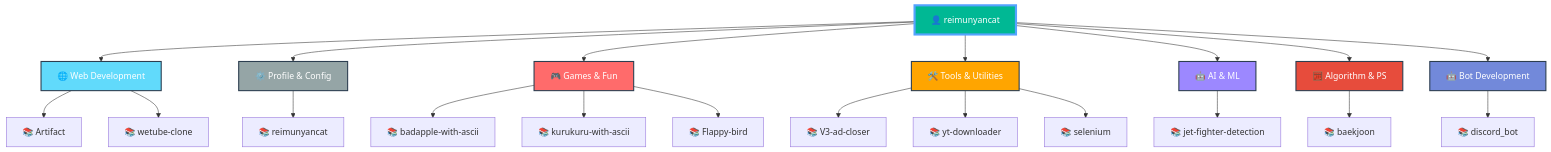
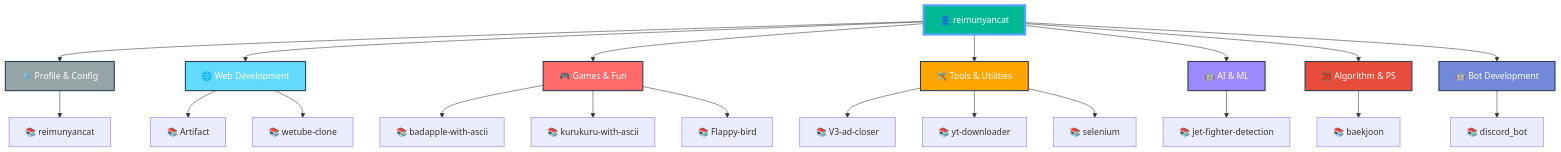
Before and after one commit to reimunyancat/reimunyancat: the diagram in README.md, drawn with Mermaid. The commit also changed other lines of this file, not shown here.

Commit message:
🤖 Auto-update README with latest repositories

````diff
--- a/README.md
+++ b/README.md
@@ -160,39 +160,39 @@
 ```mermaid
 graph TD
   A[👤 reimunyancat]
 
-  A --> CAT0[🌐 Web Development]
-  CAT0 --> CAT0_0[📚 Artifact]
-  CAT0 --> CAT0_1[📚 wetube-clone]
+  A --> CAT0[⚙️ Profile & Config]
+  CAT0 --> CAT0_0[📚 reimunyancat]
 
-  A --> CAT1[⚙️ Profile & Config]
-  CAT1 --> CAT1_0[📚 reimunyancat]
+  A --> CAT1[🌐 Web Development]
+  CAT1 --> CAT1_0[📚 Artifact]
+  CAT1 --> CAT1_1[📚 wetube-clone]
 
   A --> CAT2[🎮 Games & Fun]
   CAT2 --> CAT2_0[📚 badapple-with-ascii]
   CAT2 --> CAT2_1[📚 kurukuru-with-ascii]
   CAT2 --> CAT2_2[📚 Flappy-bird]
 
   A --> CAT3[🛠️ Tools & Utilities]
   CAT3 --> CAT3_0[📚 V3-ad-closer]
   CAT3 --> CAT3_1[📚 yt-downloader]
   CAT3 --> CAT3_2[📚 selenium]
 
   A --> CAT4[🤖 AI & ML]
   CAT4 --> CAT4_0[📚 jet-fighter-detection]
 
   A --> CAT5[🧮 Algorithm & PS]
   CAT5 --> CAT5_0[📚 baekjoon]
 
   A --> CAT6[🤖 Bot Development]
   CAT6 --> CAT6_0[📚 discord_bot]
 
   style A fill:#00b894,stroke:#55a3ff,stroke-width:4px,color:#fff
-  style CAT0 fill:#61dafb,stroke:#2c3e50,stroke-width:2px,color:#fff
-  style CAT1 fill:#95a5a6,stroke:#2c3e50,stroke-width:2px,color:#fff
+  style CAT0 fill:#95a5a6,stroke:#2c3e50,stroke-width:2px,color:#fff
+  style CAT1 fill:#61dafb,stroke:#2c3e50,stroke-width:2px,color:#fff
   style CAT2 fill:#ff6b6b,stroke:#2c3e50,stroke-width:2px,color:#fff
   style CAT3 fill:#ffa500,stroke:#2c3e50,stroke-width:2px,color:#fff
   style CAT4 fill:#9c88ff,stroke:#2c3e50,stroke-width:2px,color:#fff
   style CAT5 fill:#e74c3c,stroke:#2c3e50,stroke-width:2px,color:#fff
   style CAT6 fill:#7289da,stroke:#2c3e50,stroke-width:2px,color:#fff
 ```
````
